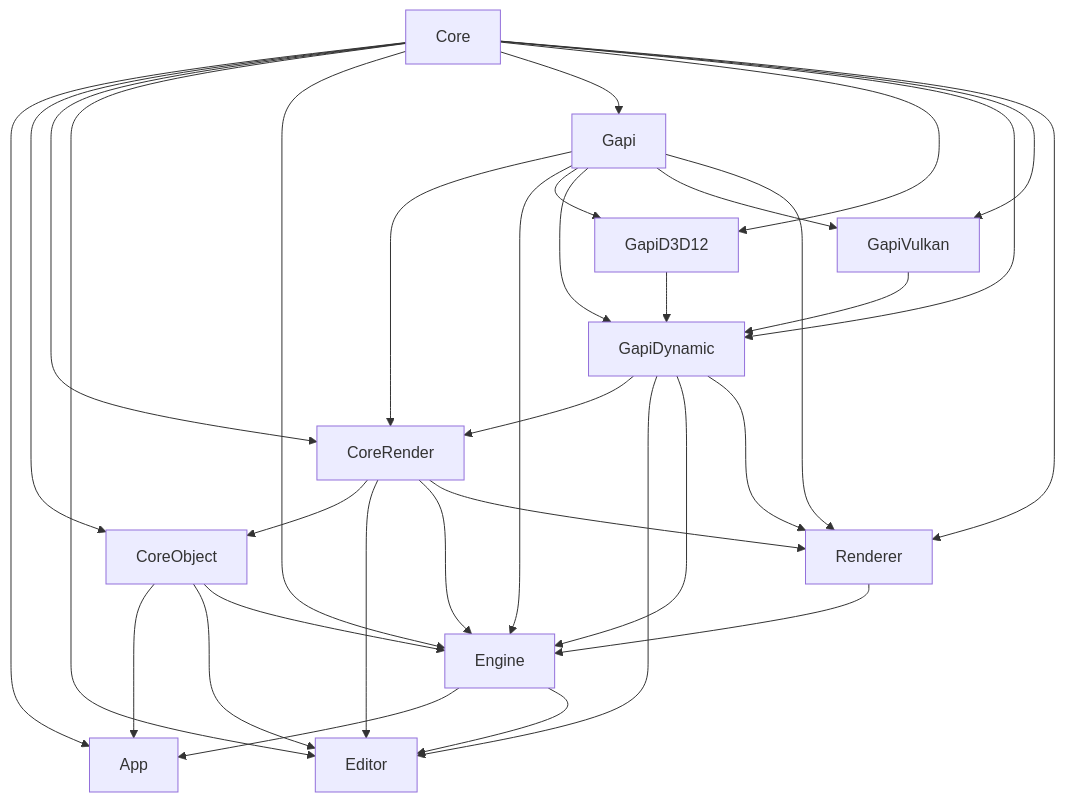
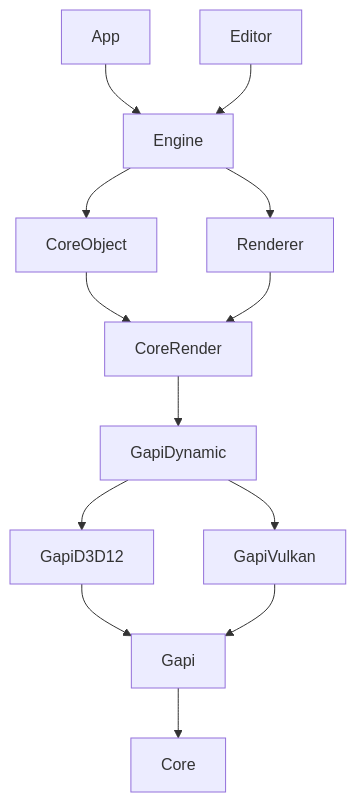
Before and after one commit to hellokenlee/NeneEngine2: the diagram in README.md, drawn with Mermaid. The commit also changed other lines of this file and 1 other file, not shown here.

````diff
--- a/README.md
+++ b/README.md
@@ -101,35 +128,15 @@
 ```mermaid
 graph TD
-  Core --> App
-  CoreObject --> App
-  Engine --> App
-  Core --> CoreObject
-  CoreRender --> CoreObject
-  Core --> CoreRender
-  Gapi --> CoreRender
-  GapiDynamic --> CoreRender
-  Core --> Editor
-  CoreObject --> Editor
-  CoreRender --> Editor
-  Engine --> Editor
-  GapiDynamic --> Editor
-  Core --> Engine
-  CoreObject --> Engine
-  CoreRender --> Engine
-  Renderer --> Engine
-  Gapi --> Engine
-  GapiDynamic --> Engine
-  Core --> Gapi
-  Core --> GapiD3D12
-  Gapi --> GapiD3D12
-  Core --> GapiDynamic
-  Gapi --> GapiDynamic
-  GapiD3D12 --> GapiDynamic
-  GapiVulkan --> GapiDynamic
-  Core --> GapiVulkan
-  Gapi --> GapiVulkan
-  Core --> Renderer
-  Gapi --> Renderer
-  CoreRender --> Renderer
-  GapiDynamic --> Renderer
+  App --> Engine
+  CoreObject --> CoreRender
+  CoreRender --> GapiDynamic
+  Editor --> Engine
+  Engine --> CoreObject
+  Engine --> Renderer
+  Gapi --> Core
+  GapiD3D12 --> Gapi
+  GapiDynamic --> GapiD3D12
+  GapiDynamic --> GapiVulkan
+  GapiVulkan --> Gapi
+  Renderer --> CoreRender
 ```
````
